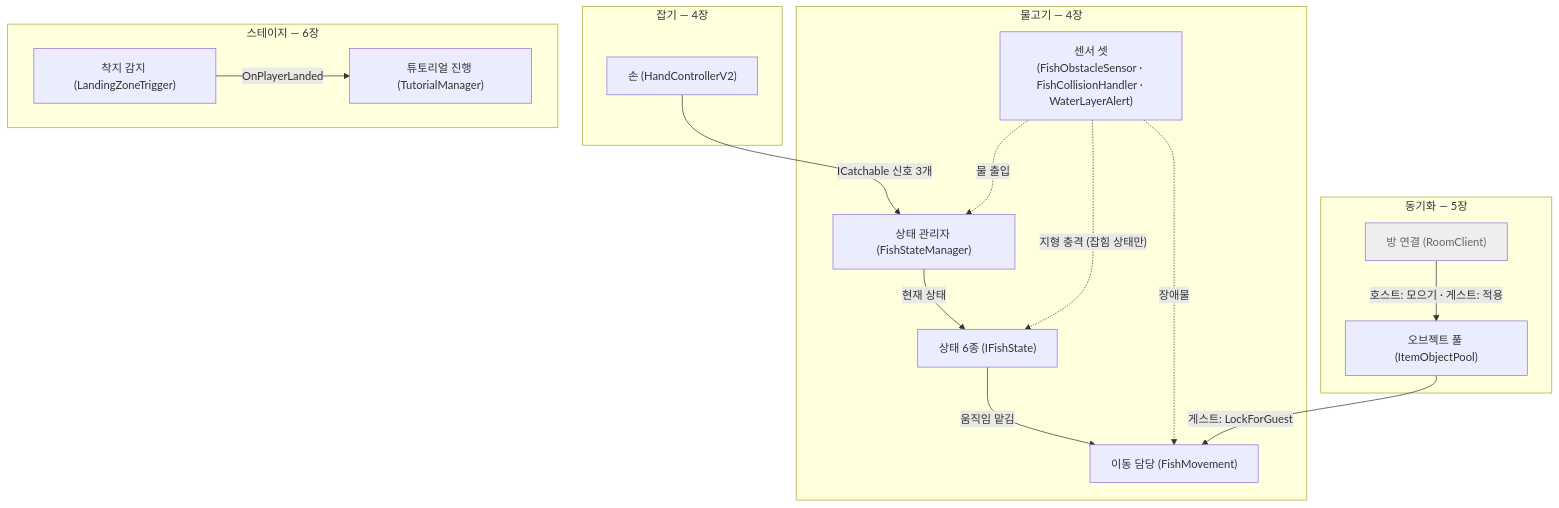
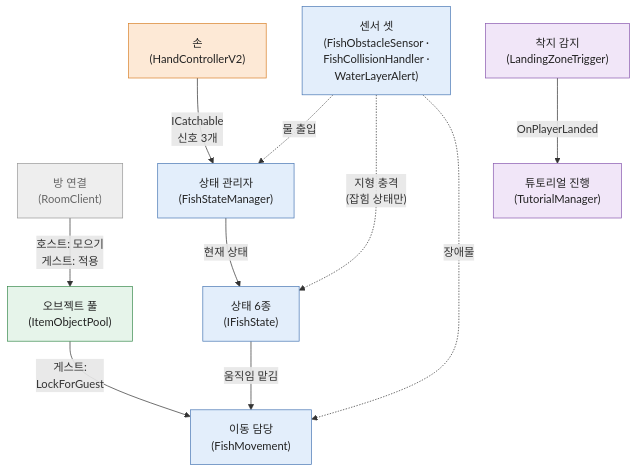
One commit to pinkshield/portfolio changed the first of 5 diagrams in src/2-teamproject-hs/기술문서.md. Above: the diagram before and after it, drawn with Mermaid.

Commit message:
WeGotOne 3-1: 구조 그림을 묶음 상자 4개(2219×697)에서 색 구분(925×670)으로 바꿈 · 주황 잡기 · 파랑 물고기 · 초록 동기화 · 보라 스테이지 · 위 문단에 색 설명 · 예전 그림은 숨김 주석 · ea61f53 근거 주석과 "그림에서 뺀 것" 줄 유지(슬라이드 d-archmap 7.6px → 11.1px, audit 0)

````diff
--- a/src/2-teamproject-hs/기술문서.md
+++ b/src/2-teamproject-hs/기술문서.md
@@ -144,31 +145,31 @@
 ```mermaid
 flowchart TB
-    subgraph G1["잡기 — 4장"]
-        Hand["손 (HandControllerV2)"]
-    end
-    subgraph G2["물고기 — 4장"]
-        FSM["상태 관리자 (FishStateManager)"]
-        States["상태 6종 (IFishState)"]
-        Move["이동 담당 (FishMovement)"]
-        Sensors["센서 셋<br/>(FishObstacleSensor · FishCollisionHandler · WaterLayerAlert)"]
-    end
-    subgraph G3["동기화 — 5장"]
-        Room["방 연결 (RoomClient)"]
-        Pool["오브젝트 풀 (ItemObjectPool)"]
-    end
-    subgraph G4["스테이지 — 6장"]
-        Land["착지 감지 (LandingZoneTrigger)"]
-        Tut["튜토리얼 진행 (TutorialManager)"]
-    end
-    Hand -->|"ICatchable 신호 3개"| FSM
+    Hand["손<br/>(HandControllerV2)"]
+    Sensors["센서 셋<br/>(FishObstacleSensor ·<br/>FishCollisionHandler ·<br/>WaterLayerAlert)"]
+    Room["방 연결<br/>(RoomClient)"]
+    FSM["상태 관리자<br/>(FishStateManager)"]
+    Pool["오브젝트 풀<br/>(ItemObjectPool)"]
+    States["상태 6종<br/>(IFishState)"]
+    Move["이동 담당<br/>(FishMovement)"]
+    Land["착지 감지<br/>(LandingZoneTrigger)"]
+    Tut["튜토리얼 진행<br/>(TutorialManager)"]
+    Hand -->|"ICatchable<br/>신호 3개"| FSM
+    Sensors -.->|"물 출입"| FSM
     FSM -->|"현재 상태"| States
+    Sensors -.->|"지형 충격<br/>(잡힘 상태만)"| States
     States -->|"움직임 맡김"| Move
-    Sensors -.->|"물 출입"| FSM
-    Sensors -.->|"지형 충격 (잡힘 상태만)"| States
     Sensors -.->|"장애물"| Move
-    Room -->|"호스트: 모으기 · 게스트: 적용"| Pool
-    Pool -->|"게스트: LockForGuest"| Move
+    Room -->|"호스트: 모으기<br/>게스트: 적용"| Pool
+    Pool -->|"게스트:<br/>LockForGuest"| Move
     Land -->|"OnPlayerLanded"| Tut
-    classDef other fill:#eee,color:#666
+    classDef grab fill:#fde9d6,stroke:#d9822b,color:#222
+    classDef fish fill:#e3eefb,stroke:#4a78b5,color:#222
+    classDef sync fill:#e6f4ea,stroke:#3c8c50,color:#222
+    classDef stage fill:#f1e6f8,stroke:#8a5bb0,color:#222
+    classDef other fill:#eee,stroke:#999,color:#666
+    class Hand grab
+    class Sensors,FSM,States,Move fish
+    class Pool sync
     class Room other
+    class Land,Tut stage
 ```
````
